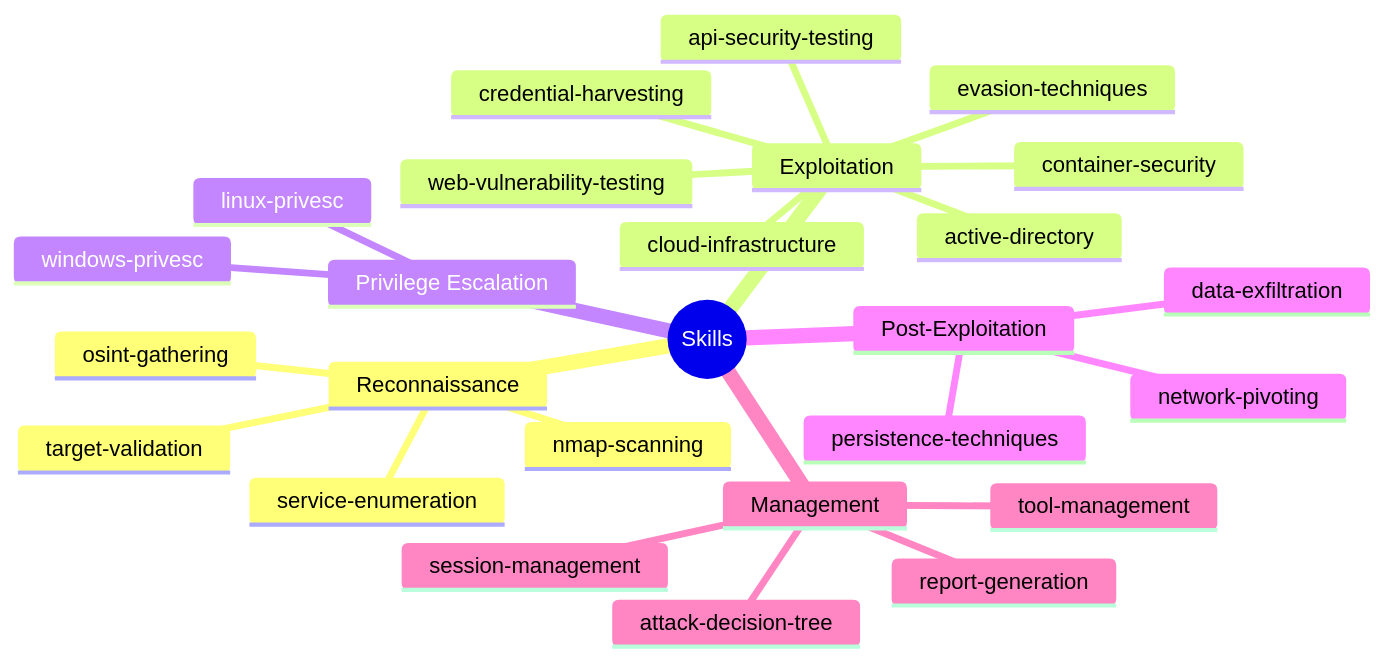
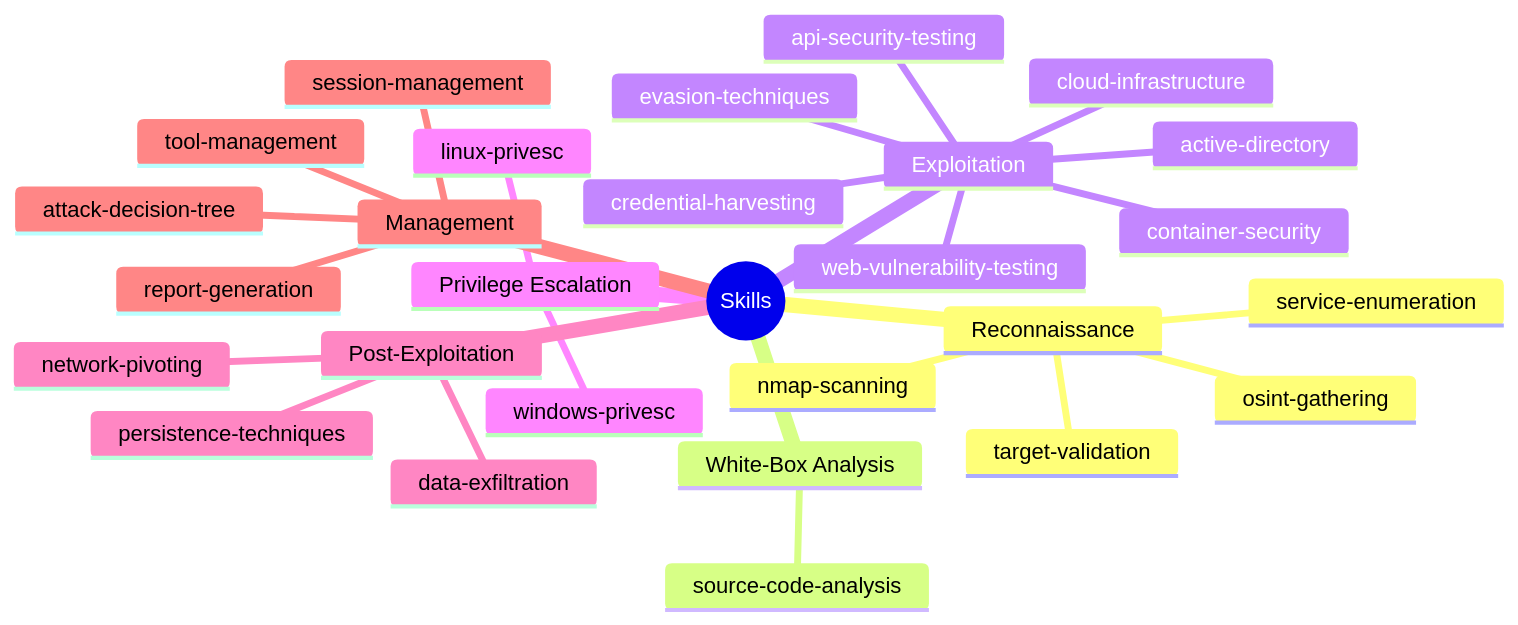
The first of 7 diagrams in docs/skills.md (goldenapplestudios/Clicky), drawn with Mermaid before and after one commit. The commit also changed other lines of this file and 5 other files, not shown here.

````diff
--- a/docs/skills.md
+++ b/docs/skills.md
@@ -11,29 +11,31 @@
 ```mermaid
 mindmap
   root((Skills))
     Reconnaissance
       nmap-scanning
       service-enumeration
       osint-gathering
       target-validation
+    White-Box Analysis
+      source-code-analysis
     Exploitation
       web-vulnerability-testing
       api-security-testing
       credential-harvesting
       active-directory
       container-security
       cloud-infrastructure
       evasion-techniques
     Privilege Escalation
       linux-privesc
       windows-privesc
     Post-Exploitation
       persistence-techniques
       data-exfiltration
       network-pivoting
     Management
       session-management
       attack-decision-tree
       tool-management
       report-generation
 ```
````
